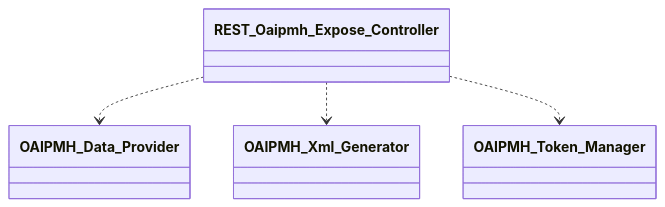
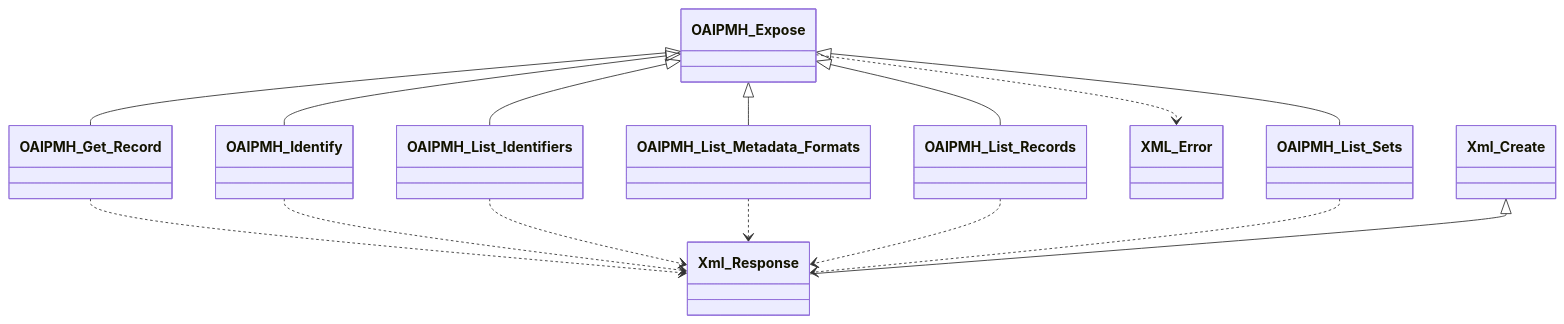
Before and after one commit to tainacan/tainacan: diagram 11 of 13 in docs/phpdoc/Home.md, drawn with Mermaid. The commit also changed other lines of this file and 193 other files, not shown here.

````diff
--- a/docs/phpdoc/Home.md
+++ b/docs/phpdoc/Home.md
@@ -644,11 +661,28 @@
 ```mermaid
 classDiagram
     direction TB
-    class OAIPMH_Data_Provider { }
-    class OAIPMH_Xml_Generator { }
-    class OAIPMH_Token_Manager { }
-    class REST_Oaipmh_Expose_Controller { }
-    REST_Oaipmh_Expose_Controller ..> OAIPMH_Data_Provider
-    REST_Oaipmh_Expose_Controller ..> OAIPMH_Xml_Generator
-    REST_Oaipmh_Expose_Controller ..> OAIPMH_Token_Manager
+    class OAIPMH_Get_Record { }
+    class OAIPMH_List_Identifiers { }
+    class OAIPMH_List_Sets { }
+    class OAIPMH_Expose { }
+    class OAIPMH_List_Metadata_Formats { }
+    class OAIPMH_Identify { }
+    class XML_Error { }
+    class Xml_Response { }
+    class OAIPMH_List_Records { }
+    class Xml_Create { }
+    OAIPMH_Expose ..> XML_Error
+    OAIPMH_Expose <|-- OAIPMH_Get_Record
+    OAIPMH_Expose <|-- OAIPMH_Identify
+    OAIPMH_Expose <|-- OAIPMH_List_Identifiers
+    OAIPMH_Expose <|-- OAIPMH_List_Metadata_Formats
+    OAIPMH_Expose <|-- OAIPMH_List_Records
+    OAIPMH_Expose <|-- OAIPMH_List_Sets
+    OAIPMH_Get_Record ..> Xml_Response
+    OAIPMH_Identify ..> Xml_Response
+    OAIPMH_List_Identifiers ..> Xml_Response
+    OAIPMH_List_Metadata_Formats ..> Xml_Response
+    OAIPMH_List_Records ..> Xml_Response
+    OAIPMH_List_Sets ..> Xml_Response
+    Xml_Create <|-- Xml_Response
 ```
````
